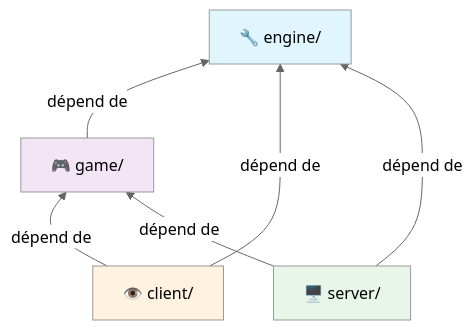
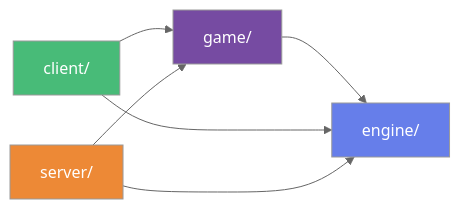
The third of 3 diagrams in docs/rncp/bloc-2/r-type/c9_architecture.md (ananasparenti/rncp-docs), drawn with Mermaid (neutral theme) before and after one commit. The commit also changed other lines of this file and 2 other files, not shown here.

````diff
--- a/docs/rncp/bloc-2/r-type/c9_architecture.md
+++ b/docs/rncp/bloc-2/r-type/c9_architecture.md
@@ -250,18 +202,18 @@
 ```mermaid
-graph BT
-  Engine["🔧 engine/"]
-  Game["🎮 game/"]
-  Client["👁️ client/"]
-  Server["🖥️ server/"]
-  
-  Game -->|dépend de| Engine
-  Client -->|dépend de| Game
-  Client -->|dépend de| Engine
-  Server -->|dépend de| Game
-  Server -->|dépend de| Engine
-  
-  style Engine fill:#e1f5ff
-  style Game fill:#f3e5f5
-  style Client fill:#fff3e0
-  style Server fill:#e8f5e9
+  graph LR
+    E["engine/"]
+    G["game/"]
+    C["client/"]
+    S["server/"]
+    
+    G --> E
+    C --> E
+    C --> G
+    S --> E
+    S --> G
+    
+    style E fill:#667eea,color:#fff
+    style G fill:#764ba2,color:#fff
+    style C fill:#48bb78,color:#fff
+    style S fill:#ed8936,color:#fff
 ```
````
